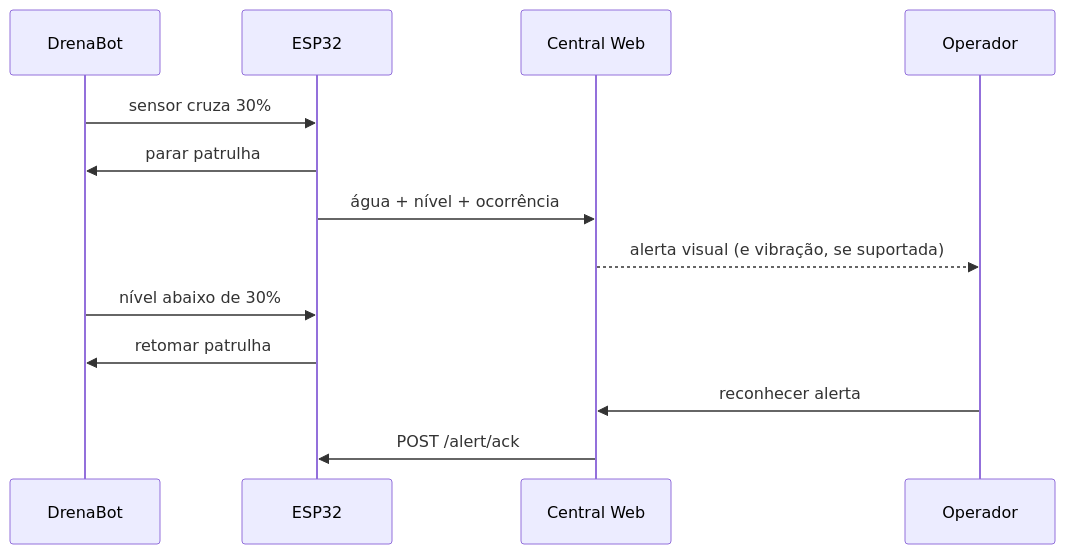
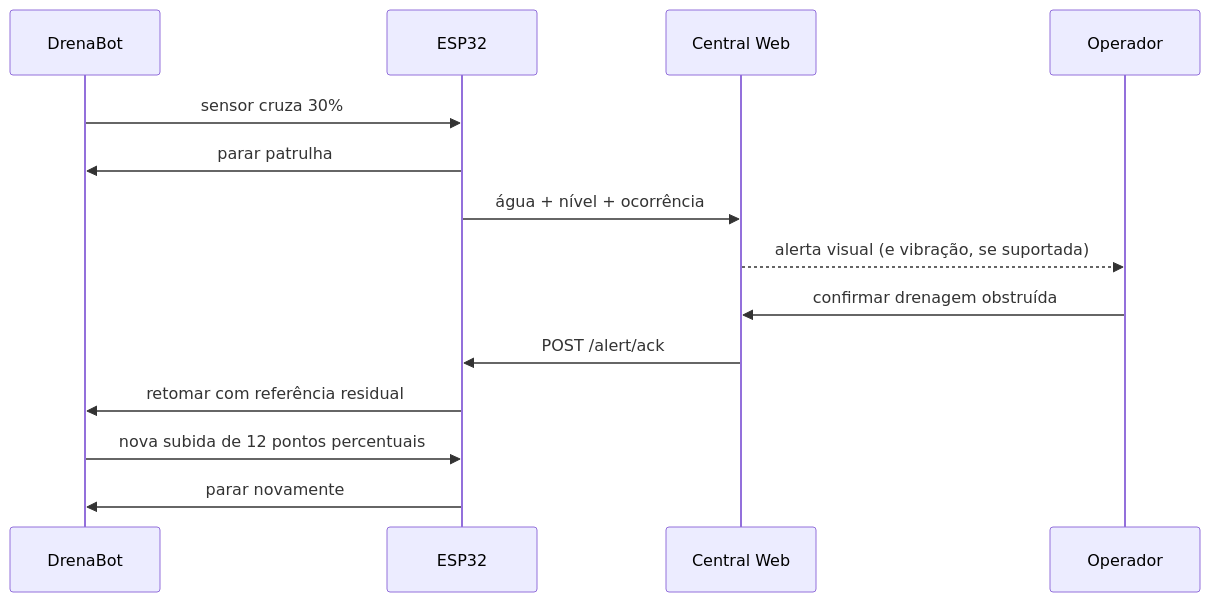
One commit to GabrielMachadoCP/ProjetoCarrinho changed the diagram in docs/CENTRAL_DRENAHUB.md. Above: the diagram before and after it, drawn with Mermaid. The commit also changed other lines of this file and 8 other files, not shown here.

Commit message:
feat: retomar patrulha com umidade residual

````diff
--- a/docs/CENTRAL_DRENAHUB.md
+++ b/docs/CENTRAL_DRENAHUB.md
@@ -9,15 +9,16 @@
 ```mermaid
 sequenceDiagram
     participant R as DrenaBot
     participant E as ESP32
     participant C as Central Web
     participant O as Operador
     R->>E: sensor cruza 30%
     E->>R: parar patrulha
     E->>C: água + nível + ocorrência
     C-->>O: alerta visual (e vibração, se suportada)
-    R->>E: nível abaixo de 30%
-    E->>R: retomar patrulha
-    O->>C: reconhecer alerta
+    O->>C: confirmar drenagem obstruída
     C->>E: POST /alert/ack
+    E->>R: retomar com referência residual
+    R->>E: nova subida de 12 pontos percentuais
+    E->>R: parar novamente
 ```
````
